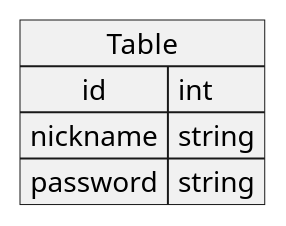
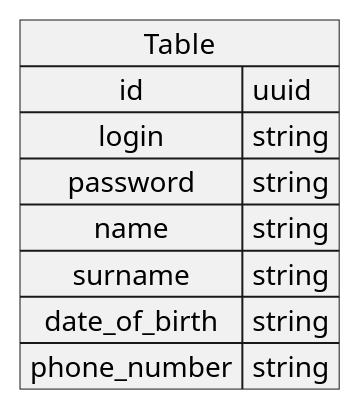
One commit to Navalgan/Service-oriented-architectures changed the diagram in doc/ER-user.puml. Above: the diagram before and after it, drawn with PlantUML. The commit also changed 6 other files, not shown here.

```diff
--- a/doc/ER-user.puml
+++ b/doc/ER-user.puml
@@ -1,7 +1,11 @@
 @startuml
 map Table {
- id => int
- nickname => string
+ id => uuid
+ login => string
  password => string
+ name => string
+ surname => string
+ date_of_birth => string
+ phone_number => string
 }
 @enduml
```
